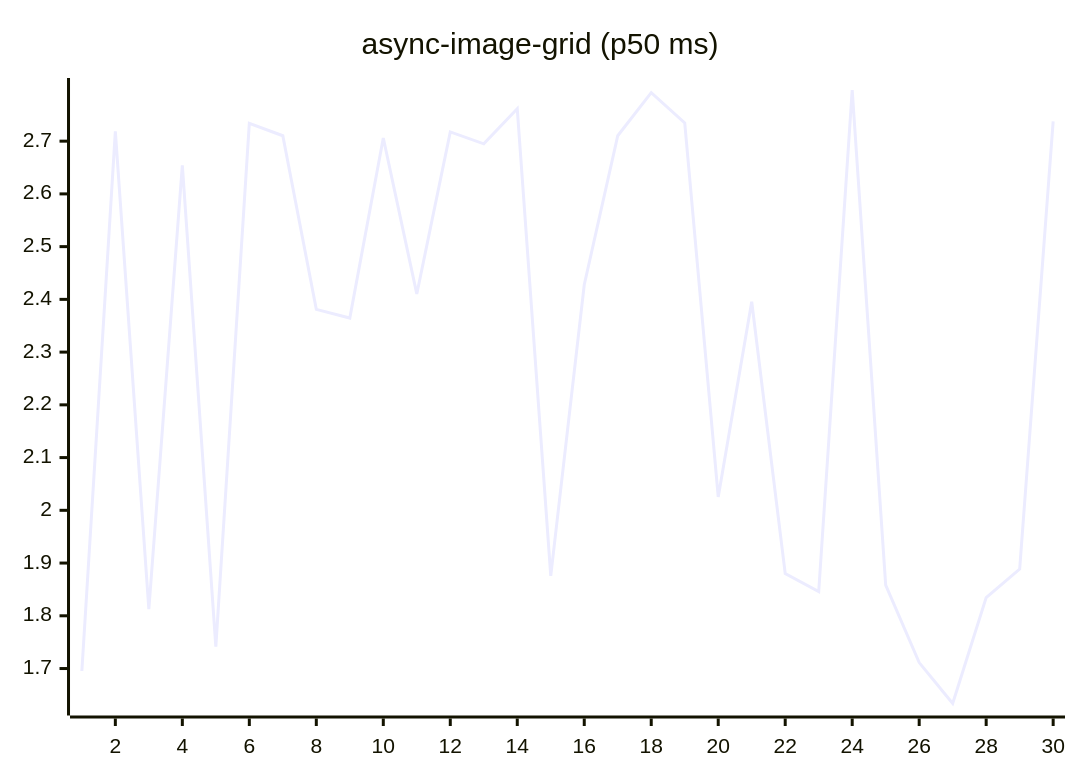
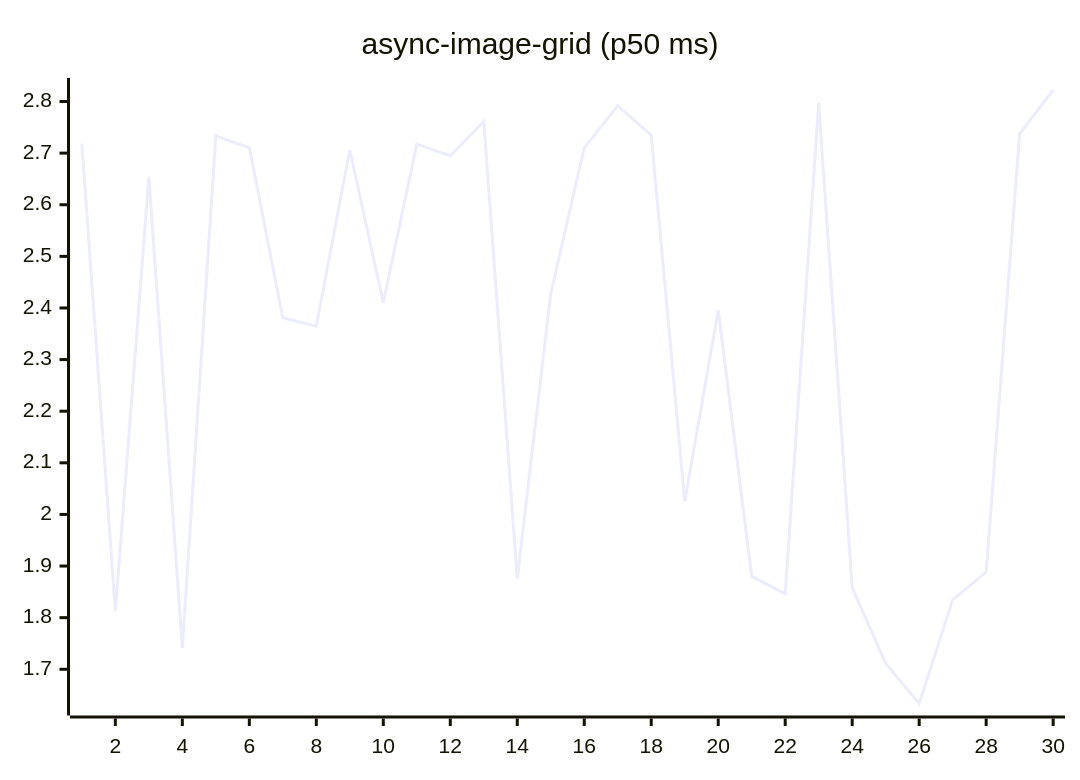
The fifth of 27 diagrams in README.md (josha/Facet), drawn with Mermaid before and after one commit. The commit also changed other lines of this file and 2 other files, not shown here.

````diff
--- a/README.md
+++ b/README.md
@@ -91,6 +91,6 @@
 ```mermaid
 xychart-beta
     title "async-image-grid (p50 ms)"
     x-axis 1 --> 30
-    line [1.6953, 2.7184, 1.8124, 2.6543, 1.7415, 2.7336, 2.7103, 2.3810, 2.3646, 2.7059, 2.4103, 2.7175, 2.6949, 2.7614, 1.8756, 2.4277, 2.7103, 2.7919, 2.7346, 2.0254, 2.3955, 1.8801, 1.8461, 2.7970, 1.8583, 1.7113, 1.6337, 1.8346, 1.8885, 2.7375]
+    line [2.7184, 1.8124, 2.6543, 1.7415, 2.7336, 2.7103, 2.3810, 2.3646, 2.7059, 2.4103, 2.7175, 2.6949, 2.7614, 1.8756, 2.4277, 2.7103, 2.7919, 2.7346, 2.0254, 2.3955, 1.8801, 1.8461, 2.7970, 1.8583, 1.7113, 1.6337, 1.8346, 1.8885, 2.7375, 2.8223]
 ```
````
